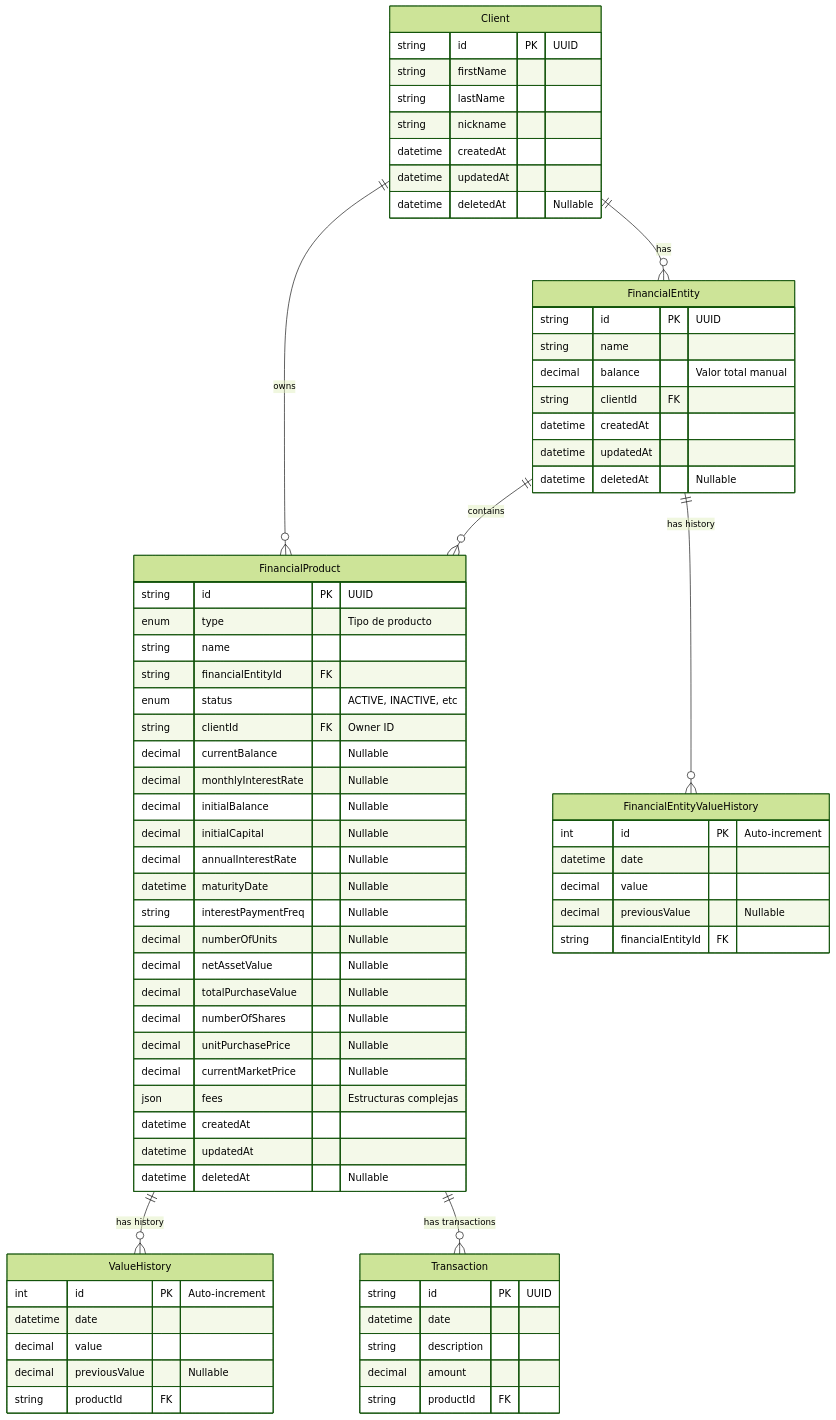
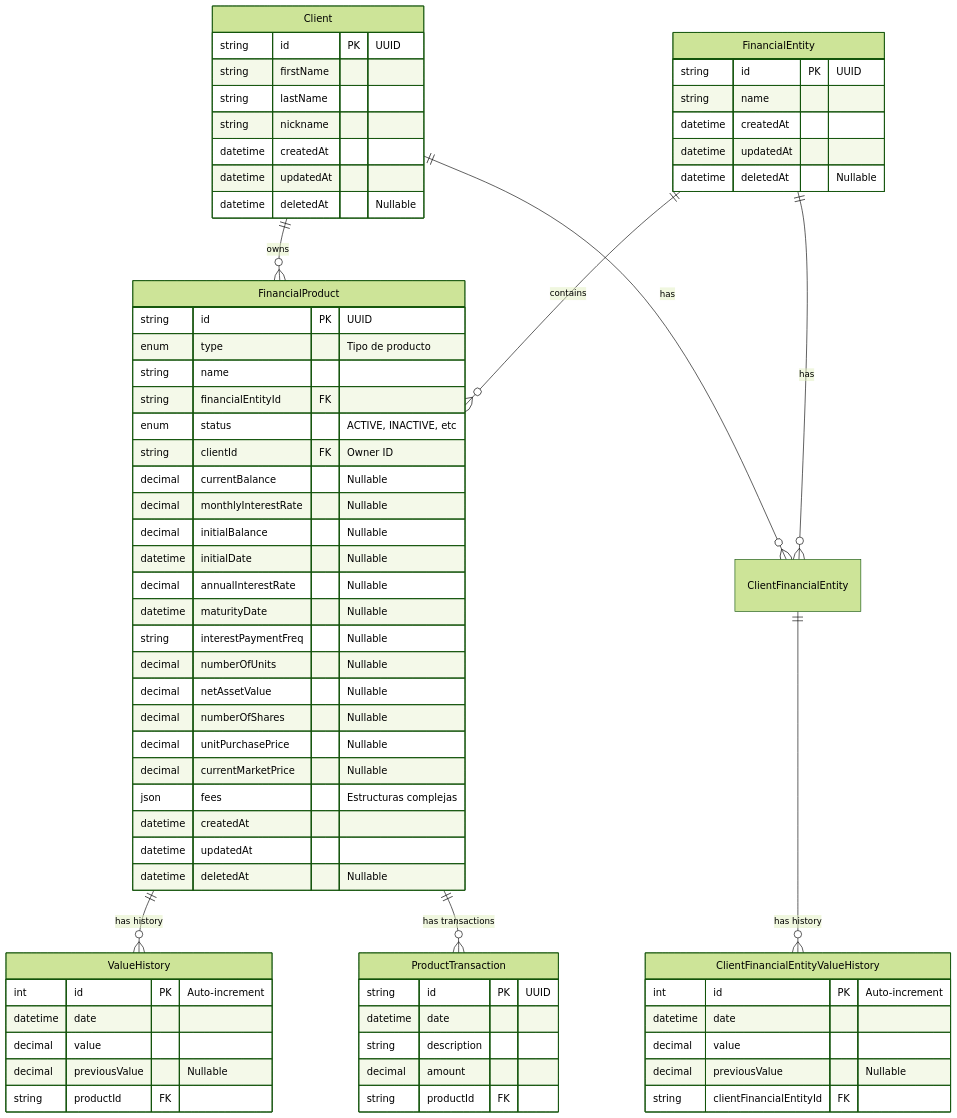
One commit to pabordonez/myfintonic changed the diagram in docs/002-database_design.md. Above: the diagram before and after it, drawn with Mermaid (forest theme). The commit also changed 10 other files, not shown here.

````diff
--- a/docs/002-database_design.md
+++ b/docs/002-database_design.md
@@ -9,79 +9,77 @@
 ```mermaid
 erDiagram
     Client ||--o{ FinancialProduct : "owns"
-    Client ||--o{ FinancialEntity : "has"
+    Client ||--o{ ClientFinancialEntity : "has"
+    FinancialEntity ||--o{ ClientFinancialEntity : "has"
     FinancialEntity ||--o{ FinancialProduct : "contains"
-    FinancialEntity ||--o{ FinancialEntityValueHistory : "has history"
+    ClientFinancialEntity ||--o{ ClientFinancialEntityValueHistory : "has history"
     FinancialProduct ||--o{ ValueHistory : "has history"
-    FinancialProduct ||--o{ Transaction : "has transactions"
+    FinancialProduct ||--o{ ProductTransaction : "has transactions"
 
     Client {
         string id PK "UUID"
         string firstName
         string lastName
         string nickname
         datetime createdAt
         datetime updatedAt
         datetime deletedAt "Nullable"
     }
 
     FinancialEntity {
         string id PK "UUID"
         string name
-        decimal balance "Valor total manual"
-        string clientId FK
         datetime createdAt
         datetime updatedAt
         datetime deletedAt "Nullable"
     }
 
     FinancialProduct {
         string id PK "UUID"
         enum type "Tipo de producto"
         string name
         string financialEntityId FK
         enum status "ACTIVE, INACTIVE, etc"
         string clientId FK "Owner ID"
         decimal currentBalance "Nullable"
         decimal monthlyInterestRate "Nullable"
         decimal initialBalance "Nullable"
-        decimal initialCapital "Nullable"
+        datetime initialDate "Nullable"
         decimal annualInterestRate "Nullable"
         datetime maturityDate "Nullable"
         string interestPaymentFreq "Nullable"
         decimal numberOfUnits "Nullable"
         decimal netAssetValue "Nullable"
-        decimal totalPurchaseValue "Nullable"
         decimal numberOfShares "Nullable"
         decimal unitPurchasePrice "Nullable"
         decimal currentMarketPrice "Nullable"
         json fees "Estructuras complejas"
         datetime createdAt
         datetime updatedAt
         datetime deletedAt "Nullable"
     }
 
     ValueHistory {
         int id PK "Auto-increment"
         datetime date
         decimal value
         decimal previousValue "Nullable"
         string productId FK
     }
 
-    FinancialEntityValueHistory {
+    ClientFinancialEntityValueHistory {
         int id PK "Auto-increment"
         datetime date
         decimal value
         decimal previousValue "Nullable"
-        string financialEntityId FK
+        string clientFinancialEntityId FK
     }
 
-    Transaction {
+    ProductTransaction {
         string id PK "UUID"
         datetime date
         string description
         decimal amount
         string productId FK
     }
 ```
````
